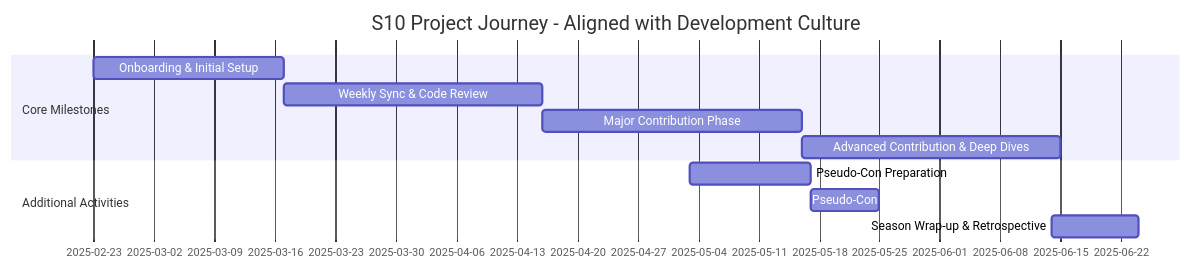
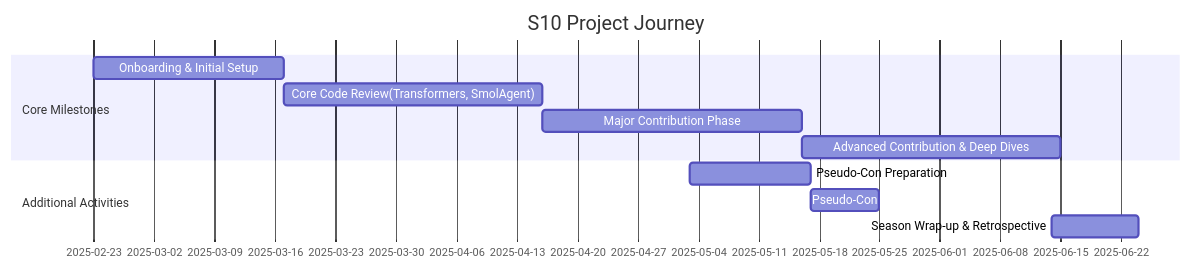
One commit to Pseudo-Lab/Hugging-Face-Beyond-First-PR changed the diagram in README.md. Above: the diagram before and after it, drawn with Mermaid. The commit also changed other lines of this file, not shown here.

````diff
--- a/README.md
+++ b/README.md
@@ -44,13 +44,13 @@
 ```mermaid
 gantt
-    title S10 Project Journey - Aligned with Development Culture
+    title S10 Project Journey
     section Core Milestones
     Onboarding & Initial Setup          :a1, 2025-02-23, 22d
-    Weekly Sync & Code Review            :a2, after a1, 30d
+    Core Code Review(Transformers, SmolAgent)            :a2, after a1, 30d
     Major Contribution Phase             :a3, after a2, 30d
     Advanced Contribution & Deep Dives   :a4, after a3, 30d
     section Additional Activities
     Pseudo-Con Preparation               :b1, 2025-05-03, 14d
     Pseudo-Con                           :b2, after b1, 8d
     Season Wrap-up & Retrospective       :2025-06-14, 10d
 ```
````
